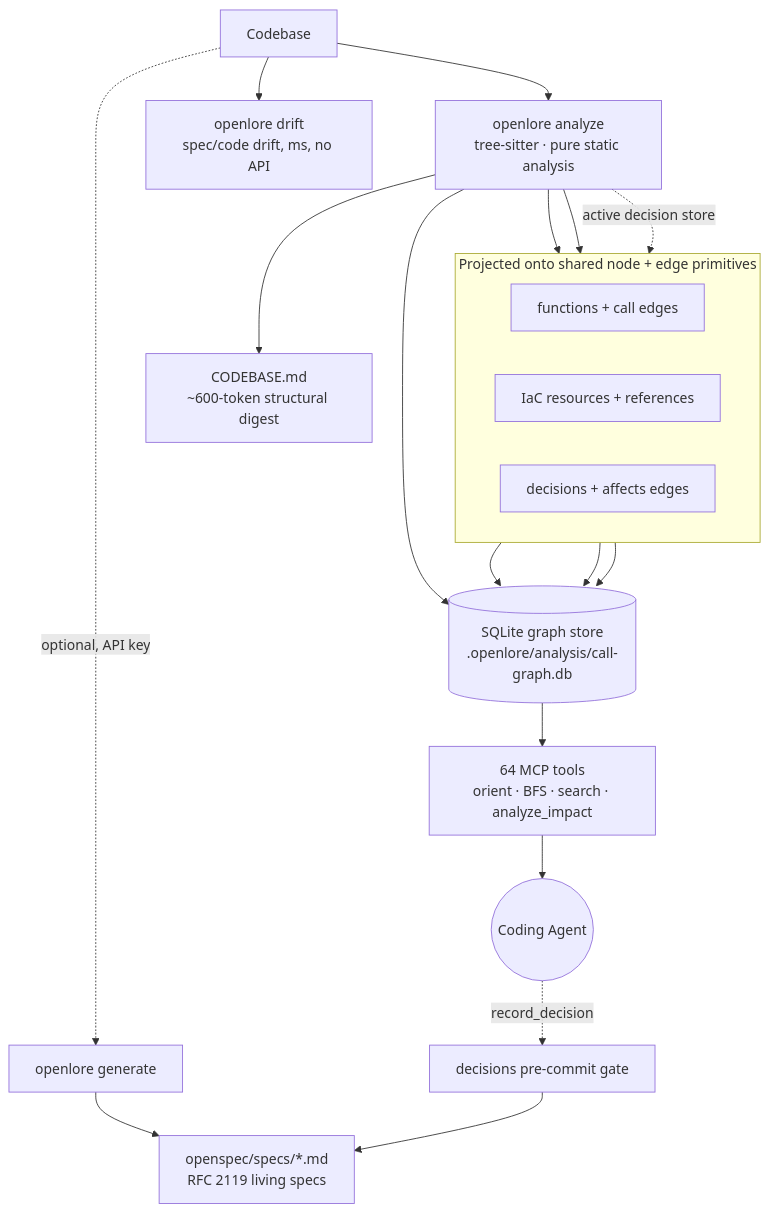
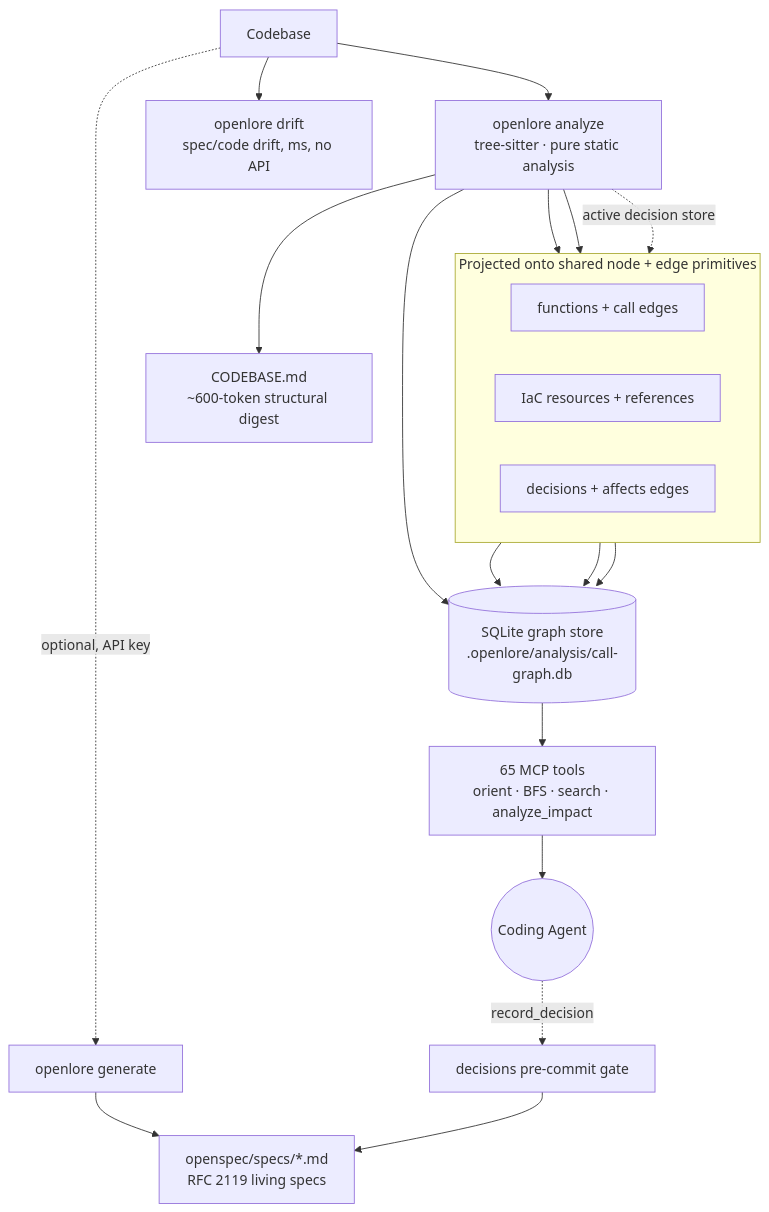
Before and after one commit to visnetotest/spec-gen: the first of 2 diagrams in README.md, drawn with Mermaid. The commit also changed other lines of this file and 41 other files, not shown here.

````diff
--- a/README.md
+++ b/README.md
@@ -445,28 +446,28 @@
 ```mermaid
 flowchart TD
     Code[Codebase] --> Analyze[openlore analyze<br/>tree-sitter · pure static analysis]
     Analyze --> DB[(SQLite graph store<br/>.openlore/analysis/call-graph.db)]
     Analyze --> Digest[CODEBASE.md<br/>~600-token structural digest]
 
     subgraph shared["Projected onto shared node + edge primitives"]
       direction LR
       CodeNodes[functions + call edges]
       Iac[IaC resources + references]
       Dec[decisions + affects edges]
     end
     Analyze --> CodeNodes
     Analyze --> Iac
     Analyze -. active decision store .-> Dec
     CodeNodes --> DB
     Iac --> DB
     Dec --> DB
 
-    DB --> MCP[64 MCP tools<br/>orient · BFS · search · analyze_impact]
+    DB --> MCP[65 MCP tools<br/>orient · BFS · search · analyze_impact]
     MCP --> Agent((Coding Agent))
 
     Code -. optional, API key .-> Gen[openlore generate]
     Gen --> Specs[openspec/specs/*.md<br/>RFC 2119 living specs]
     Code --> Drift[openlore drift<br/>spec/code drift, ms, no API]
     Agent -. record_decision .-> Gate[decisions pre-commit gate]
     Gate --> Specs
 ```
````
